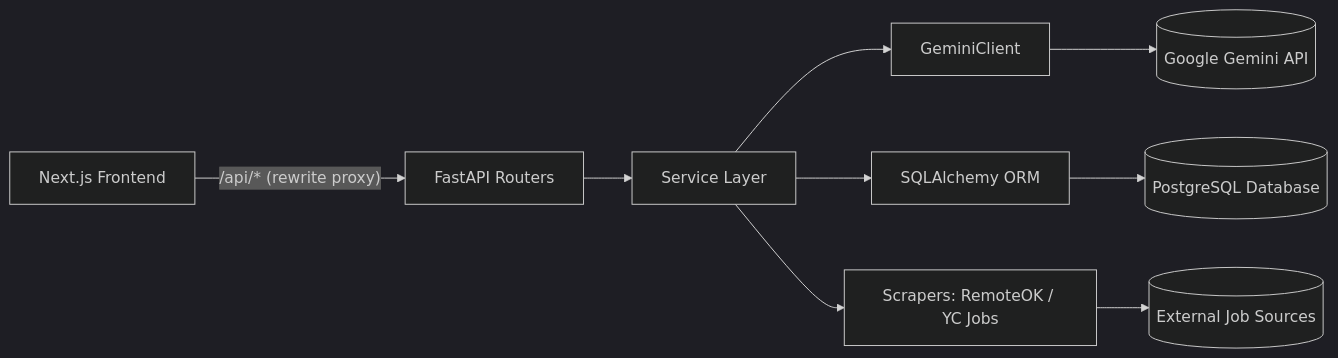
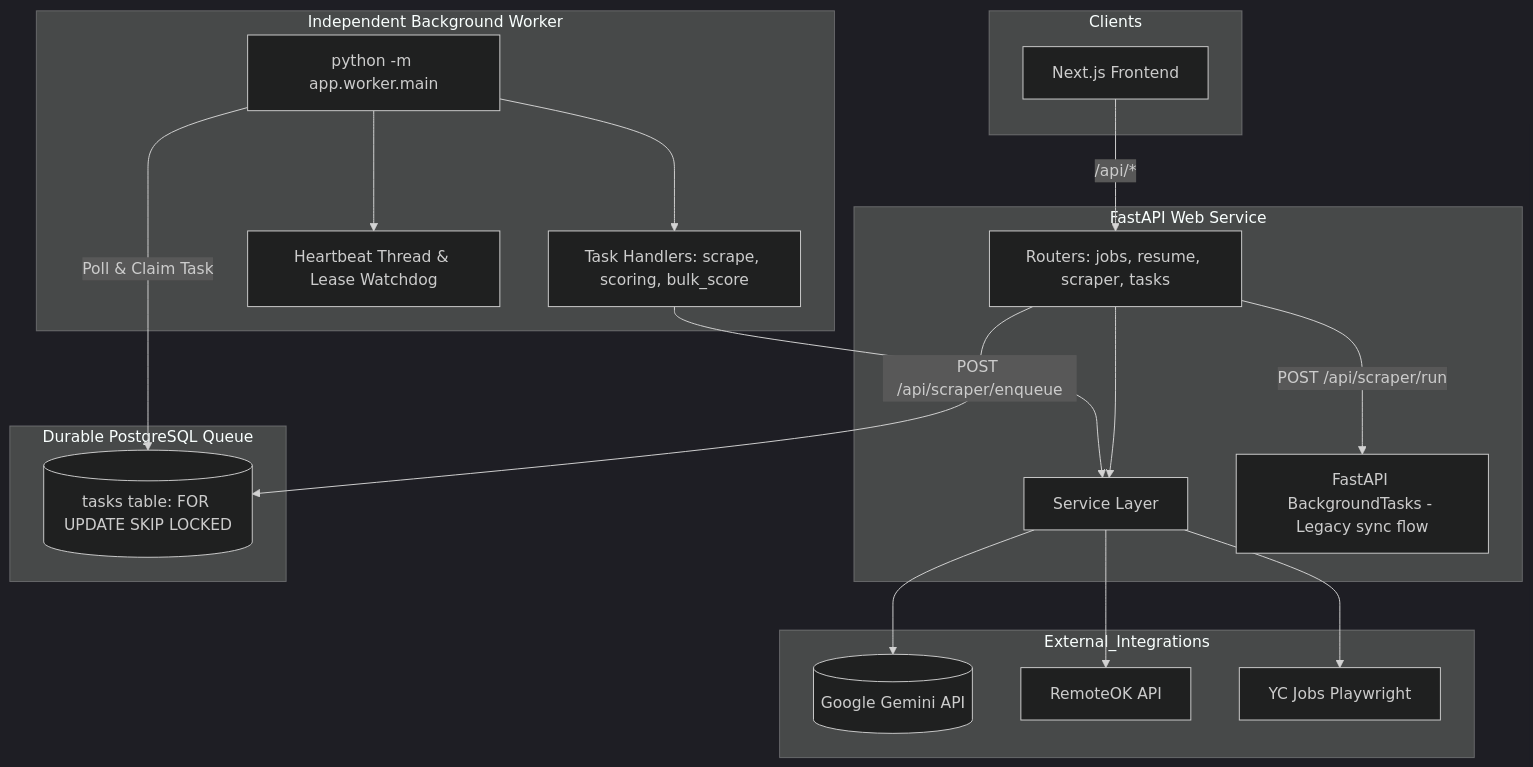
Before and after one commit to AbhiJeetSoni22/Job_Hunter: the diagram in README.md, drawn with Mermaid (dark theme). The commit also changed other lines of this file and 9 other files, not shown here.

Commit message:
feat: implement PostgreSQL-backed durable task queue and worker architecture for background jobs

````diff
--- a/README.md
+++ b/README.md
@@ -56,11 +57,40 @@
 ```mermaid
-flowchart LR
-    A[Next.js Frontend] -->|"/api/* (rewrite proxy)"| B[FastAPI Routers]
-    B --> C[Service Layer]
-    C --> D[GeminiClient]
-    C --> E[SQLAlchemy ORM]
-    E --> F[(PostgreSQL Database)]
-    D --> G[(Google Gemini API)]
-    C --> H[Scrapers: RemoteOK / YC Jobs]
-    H --> I[(External Job Sources)]
+flowchart TD
+    subgraph Clients
+        A[Next.js Frontend]
+    end
+
+    subgraph Web_API [FastAPI Web Service]
+        B[Routers: jobs, resume, scraper, tasks]
+        C[Service Layer]
+        D[FastAPI BackgroundTasks - Legacy sync flow]
+    end
+
+    subgraph Task_Queue [Durable PostgreSQL Queue]
+        E[(tasks table: FOR UPDATE SKIP LOCKED)]
+    end
+
+    subgraph Worker_Process [Independent Background Worker]
+        F[python -m app.worker.main]
+        G[Task Handlers: scrape, scoring, bulk_score]
+        H[Heartbeat Thread & Lease Watchdog]
+    end
+
+    subgraph External_Integrations
+        I[(Google Gemini API)]
+        J[RemoteOK API]
+        K[YC Jobs Playwright]
+    end
+
+    A -->|"/api/*"| B
+    B --> C
+    B -->|POST /api/scraper/run| D
+    B -->|POST /api/scraper/enqueue| E
+    F -->|Poll & Claim Task| E
+    F --> H
+    F --> G
+    G --> C
+    C --> I
+    C --> J
+    C --> K
 ```
````
